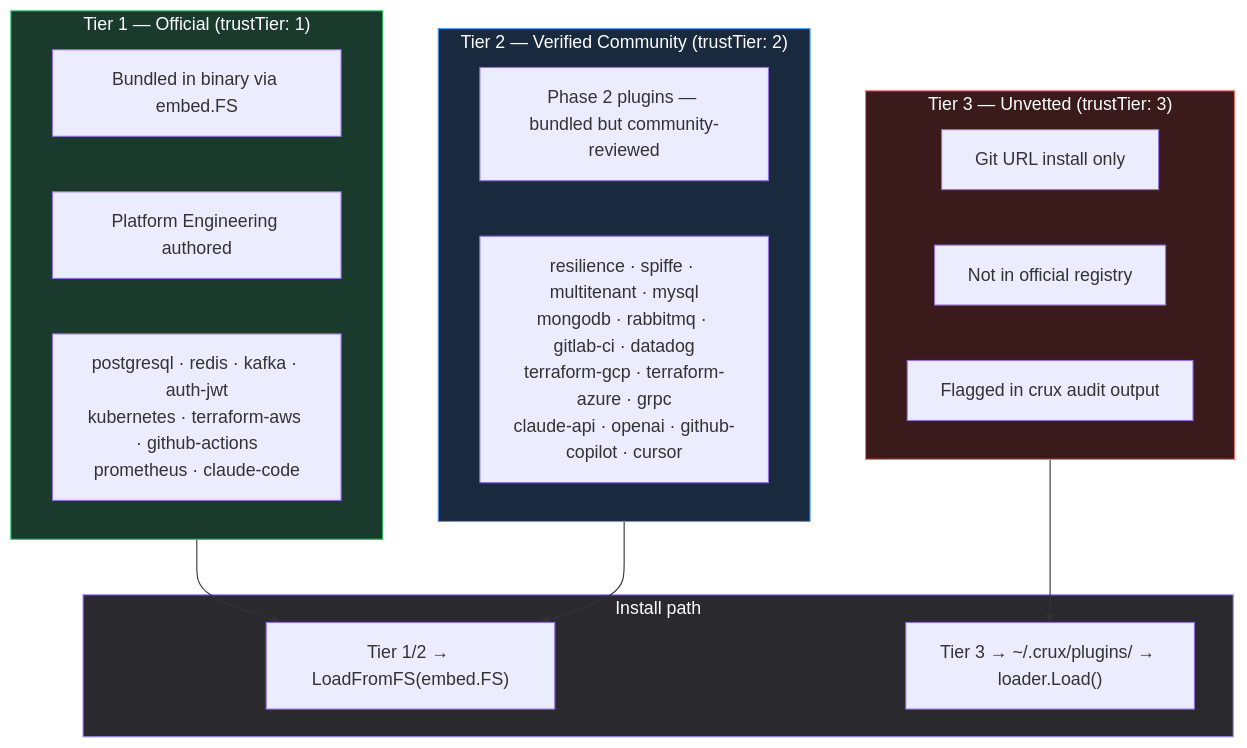
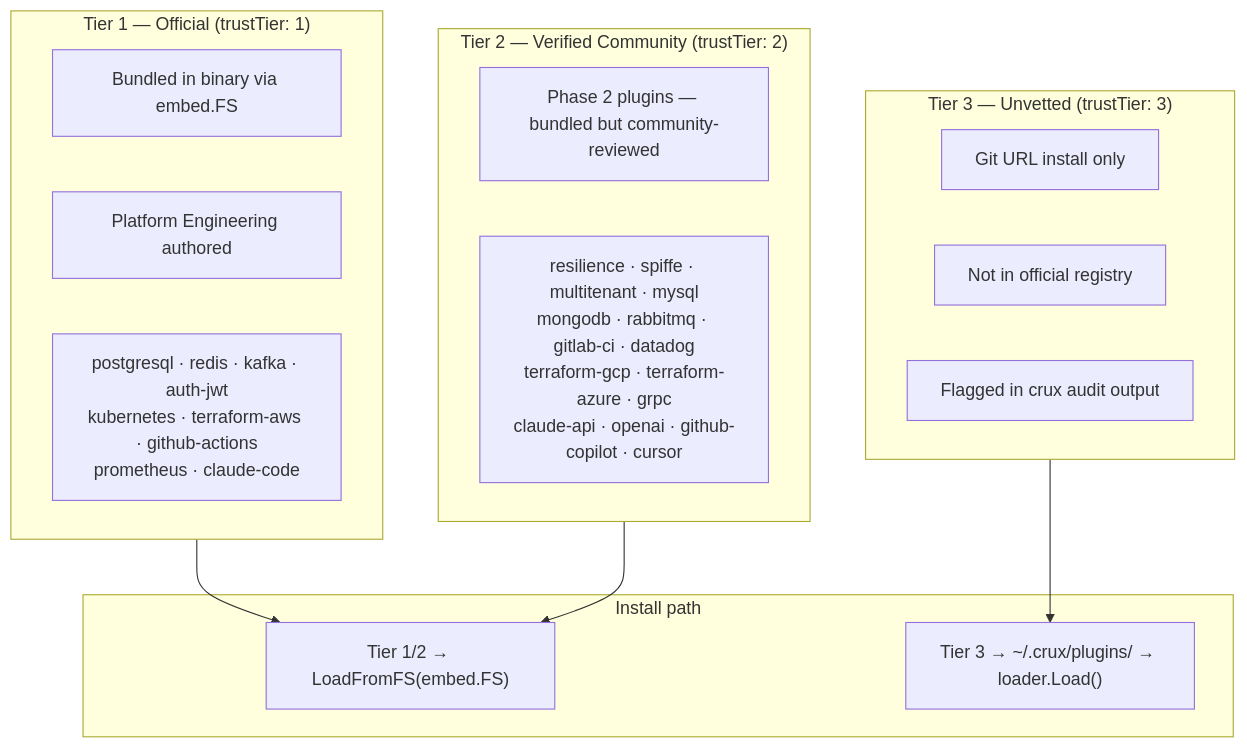
The fifth of 15 diagrams in docs/architecture-diagrams.md (theheadlessengineer/crux), drawn with Mermaid before and after one commit. The commit also changed other lines of this file and 1 other file, not shown here.

````diff
--- a/docs/architecture-diagrams.md
+++ b/docs/architecture-diagrams.md
@@ -221,33 +206,28 @@
 ```mermaid
 graph TD
     subgraph T1["Tier 1 — Official (trustTier: 1)"]
         T1A["Bundled in binary via embed.FS"]
         T1B["Platform Engineering authored"]
         T1C["postgresql · redis · kafka · auth-jwt\nkubernetes · terraform-aws · github-actions\nprometheus · claude-code"]
     end
 
     subgraph T2["Tier 2 — Verified Community (trustTier: 2)"]
         T2A["Phase 2 plugins — bundled but community-reviewed"]
         T2B["resilience · spiffe · multitenant · mysql\nmongodb · rabbitmq · gitlab-ci · datadog\nterraform-gcp · terraform-azure · grpc\nclaude-api · openai · github-copilot · cursor"]
     end
 
     subgraph T3["Tier 3 — Unvetted (trustTier: 3)"]
         T3A["Git URL install only"]
         T3B["Not in official registry"]
         T3C["Flagged in crux audit output"]
     end
 
     subgraph INSTALL["Install path"]
         I1["Tier 1/2 → LoadFromFS(embed.FS)"]
         I2["Tier 3 → ~/.crux/plugins/ → loader.Load()"]
     end
 
     T1 --> I1
     T2 --> I1
     T3 --> I2
-
-    style T1 fill:#1a3a2e,color:#fff,stroke:#22c55e
-    style T2 fill:#1a2a3e,color:#fff,stroke:#4a9eff
-    style T3 fill:#3a1a1a,color:#fff,stroke:#f87171
-    style INSTALL fill:#2a2a2e,color:#fff,stroke:#a78bfa
 ```
````
